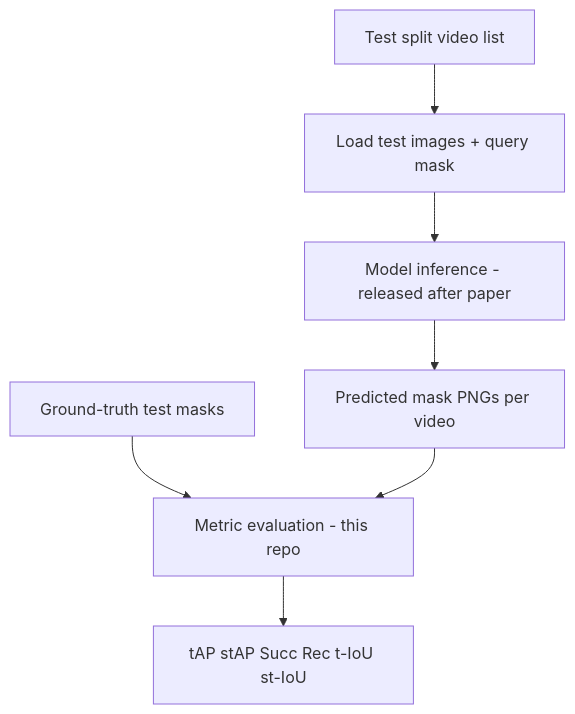
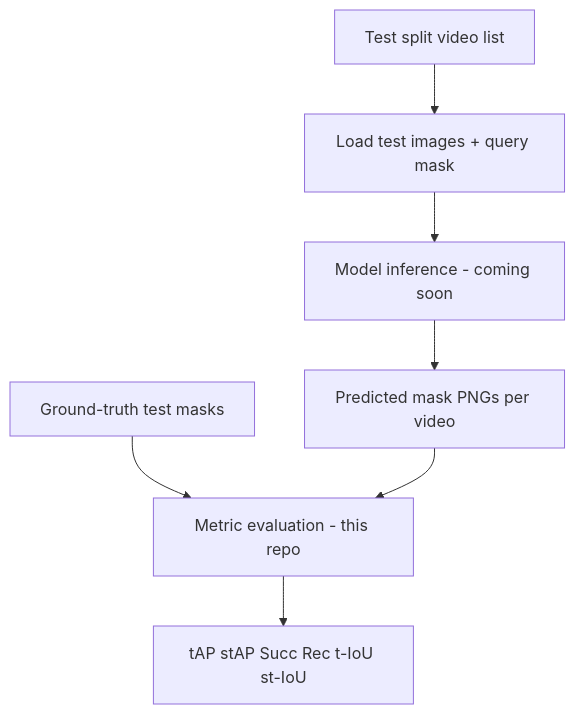
Before and after one commit to vqsresearcher/vqsdataset: the diagram in README.md, drawn with Mermaid. The commit also changed other lines of this file, not shown here.

First line of the commit message:
Note that model code and weights will be released soon.

````diff
--- a/README.md
+++ b/README.md
@@ -49,9 +49,9 @@
 ```mermaid
 flowchart TD
     A[Test split video list] --> B[Load test images + query mask]
-    B --> C[Model inference - released after paper]
+    B --> C[Model inference - coming soon]
     C --> D[Predicted mask PNGs per video]
     E[Ground-truth test masks] --> F[Metric evaluation - this repo]
     D --> F
     F --> G[tAP stAP Succ Rec t-IoU st-IoU]
 ```
````
